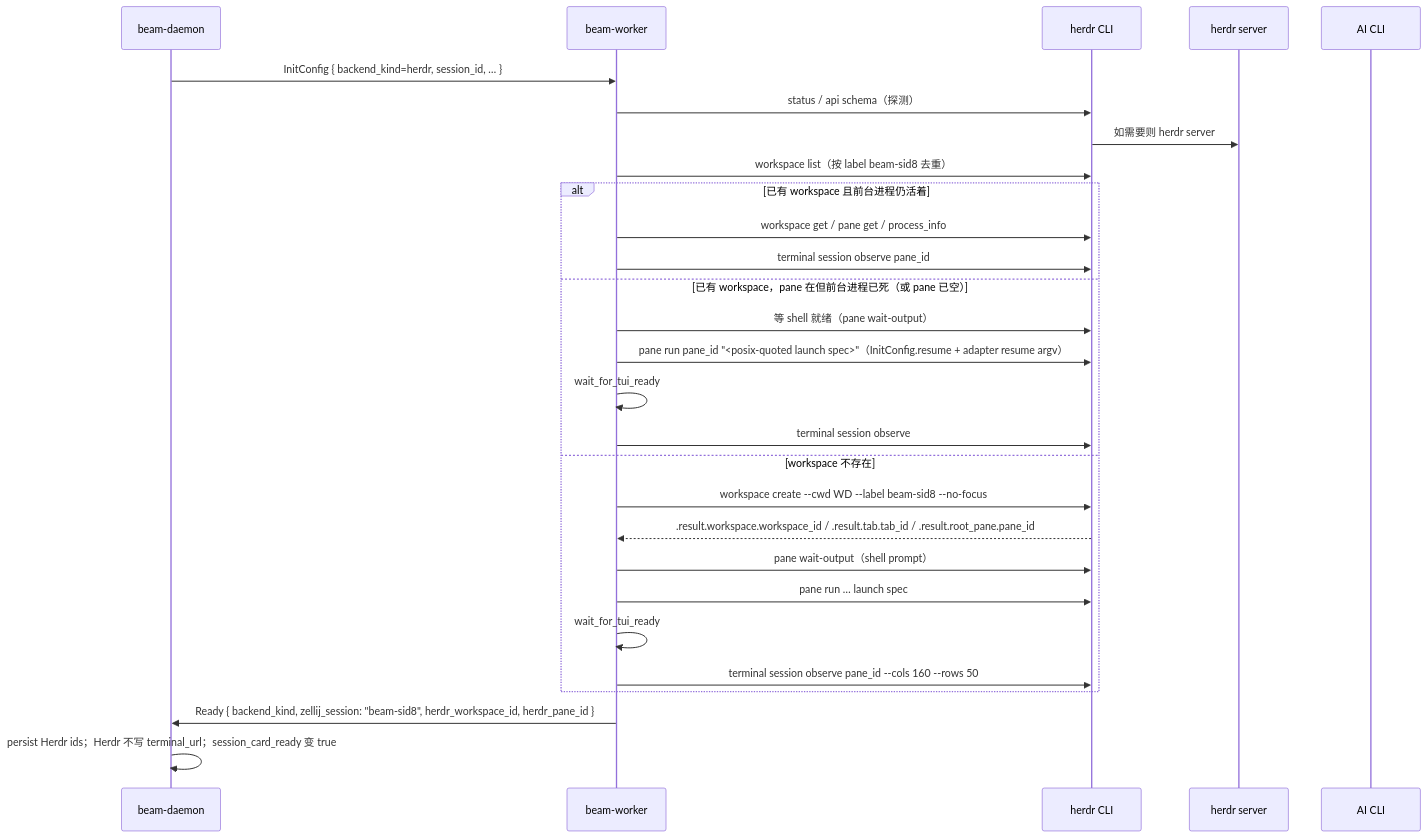
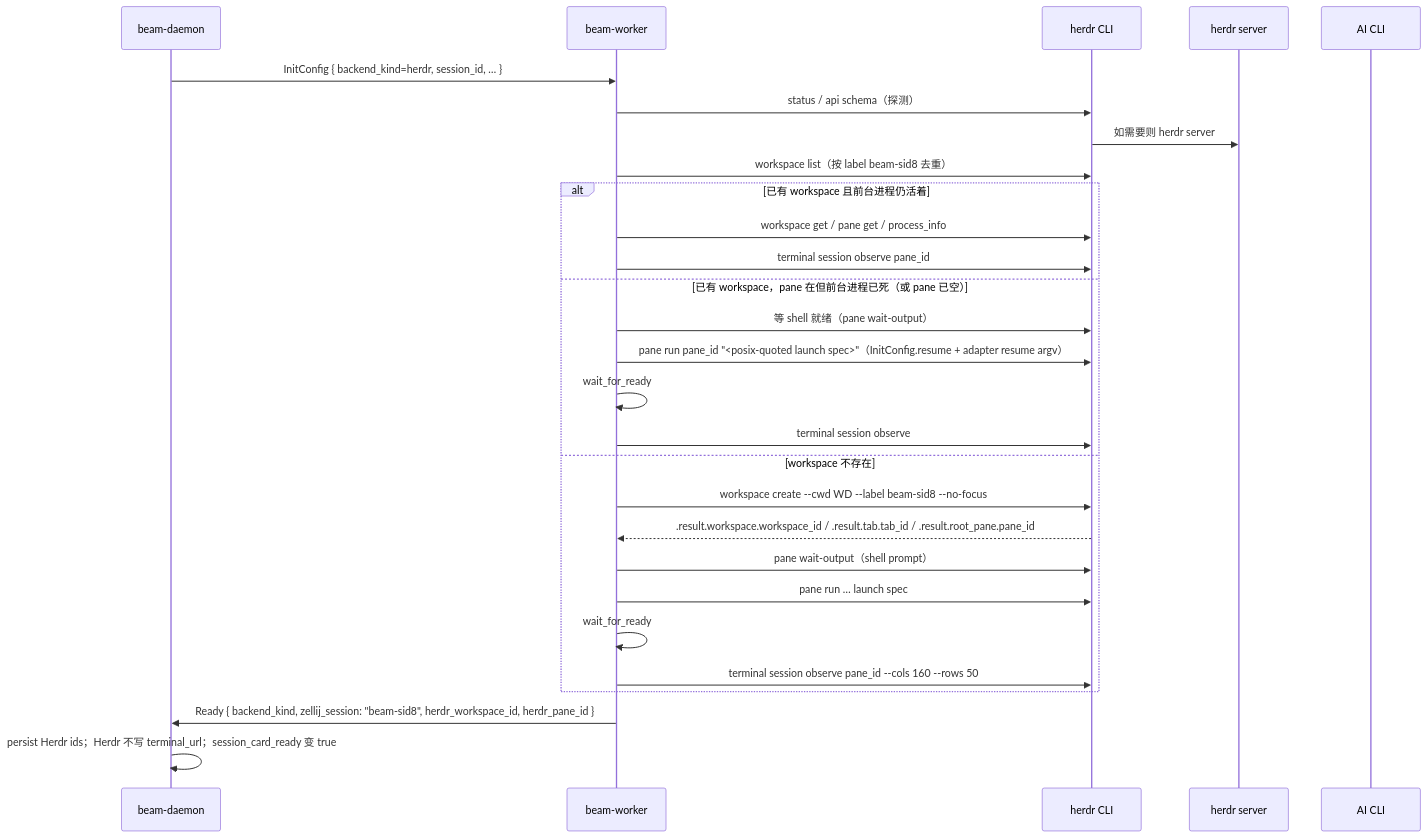
Before and after one commit to linuxhenhao/beam: the third of 5 diagrams in docs/design/herdr-backend.md, drawn with Mermaid. The commit also changed 13 other files, not shown here.

````diff
--- a/docs/design/herdr-backend.md
+++ b/docs/design/herdr-backend.md
@@ -285,30 +285,30 @@
 ```mermaid
 sequenceDiagram
   participant D as beam-daemon
   participant W as beam-worker
   participant H as herdr CLI
   participant S as herdr server
   participant C as AI CLI
   D->>W: InitConfig { backend_kind=herdr, session_id, … }
   W->>H: status / api schema（探测）
   H->>S: 如需要则 herdr server
   W->>H: workspace list（按 label beam-sid8 去重）
   alt 已有 workspace 且前台进程仍活着
     W->>H: workspace get / pane get / process_info
     W->>H: terminal session observe pane_id
   else 已有 workspace，pane 在但前台进程已死（或 pane 已空）
     W->>H: 等 shell 就绪（pane wait-output）
     W->>H: pane run pane_id "<posix-quoted launch spec>"（InitConfig.resume + adapter resume argv）
-    W->>W: wait_for_tui_ready
+    W->>W: wait_for_ready
     W->>H: terminal session observe
   else workspace 不存在
     W->>H: workspace create --cwd WD --label beam-sid8 --no-focus
     H-->>W: .result.workspace.workspace_id / .result.tab.tab_id / .result.root_pane.pane_id
     W->>H: pane wait-output（shell prompt）
     W->>H: pane run … launch spec
-    W->>W: wait_for_tui_ready
+    W->>W: wait_for_ready
     W->>H: terminal session observe pane_id --cols 160 --rows 50
   end
   W->>D: Ready { backend_kind, zellij_session: "beam-sid8", herdr_workspace_id, herdr_pane_id }
   D->>D: persist Herdr ids；Herdr 不写 terminal_url；session_card_ready 变 true
 ```
````
